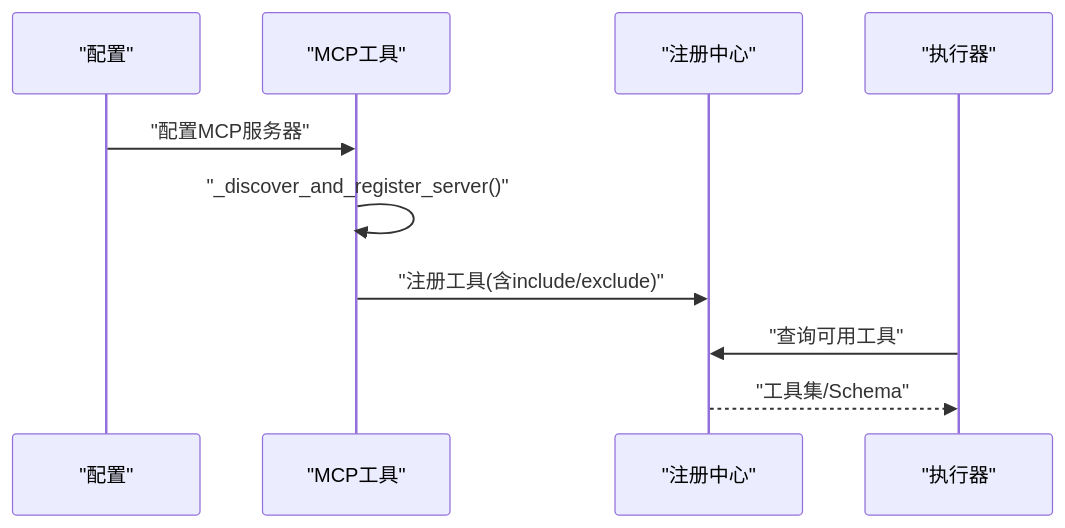
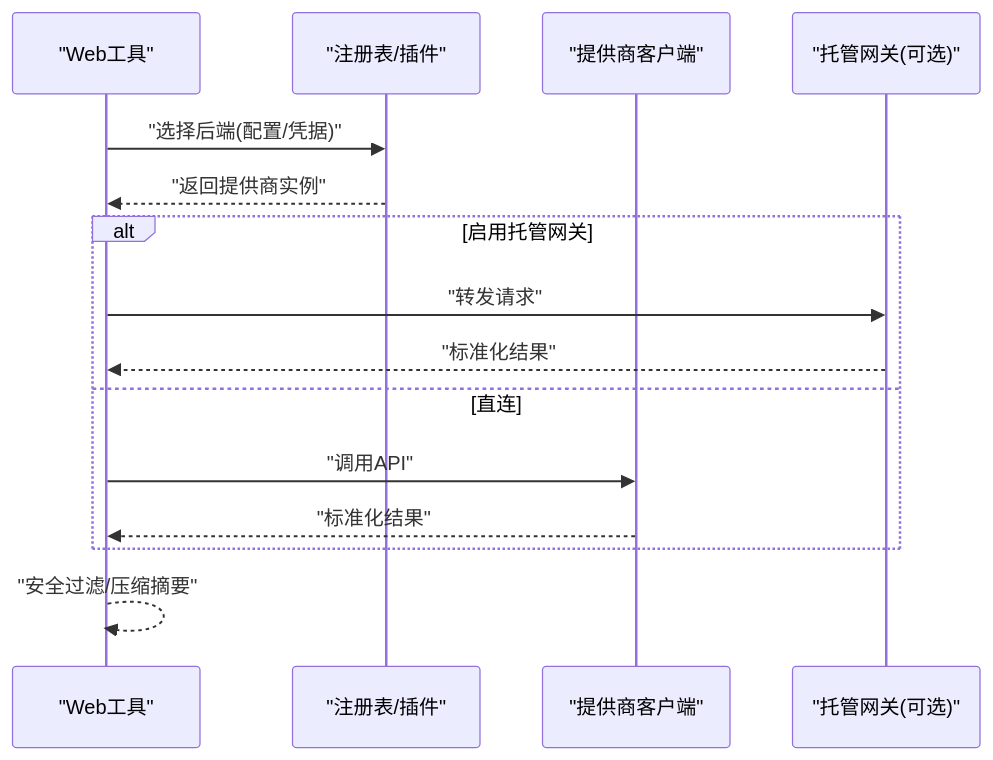
One commit to haolange/hermes-agent changed the seventh of 9 diagrams in .qoder/repowiki/zh/content/工具系统/工具系统.md. Above: the diagram before and after it, drawn with Mermaid. The commit also changed other lines of this file and 1206 other files, not shown here.

````diff
--- a/.qoder/repowiki/zh/content/工具系统/工具系统.md
+++ b/.qoder/repowiki/zh/content/工具系统/工具系统.md
@@ -289,12 +245,17 @@
 ```mermaid
 sequenceDiagram
-participant Cfg as "配置"
-participant MCP as "MCP工具"
-participant Reg as "注册中心"
-participant Exec as "执行器"
-Cfg->>MCP : "配置MCP服务器"
-MCP->>MCP : "_discover_and_register_server()"
-MCP->>Reg : "注册工具(含include/exclude)"
-Exec->>Reg : "查询可用工具"
-Reg-->>Exec : "工具集/Schema"
+participant W as "Web工具"
+participant R as "注册表/插件"
+participant P as "提供商客户端"
+participant G as "托管网关(可选)"
+W->>R : "选择后端(配置/凭据)"
+R-->>W : "返回提供商实例"
+alt 启用托管网关
+W->>G : "转发请求"
+G-->>W : "标准化结果"
+else 直连
+W->>P : "调用API"
+P-->>W : "标准化结果"
+end
+W-->>W : "安全过滤/压缩摘要"
 ```
````
